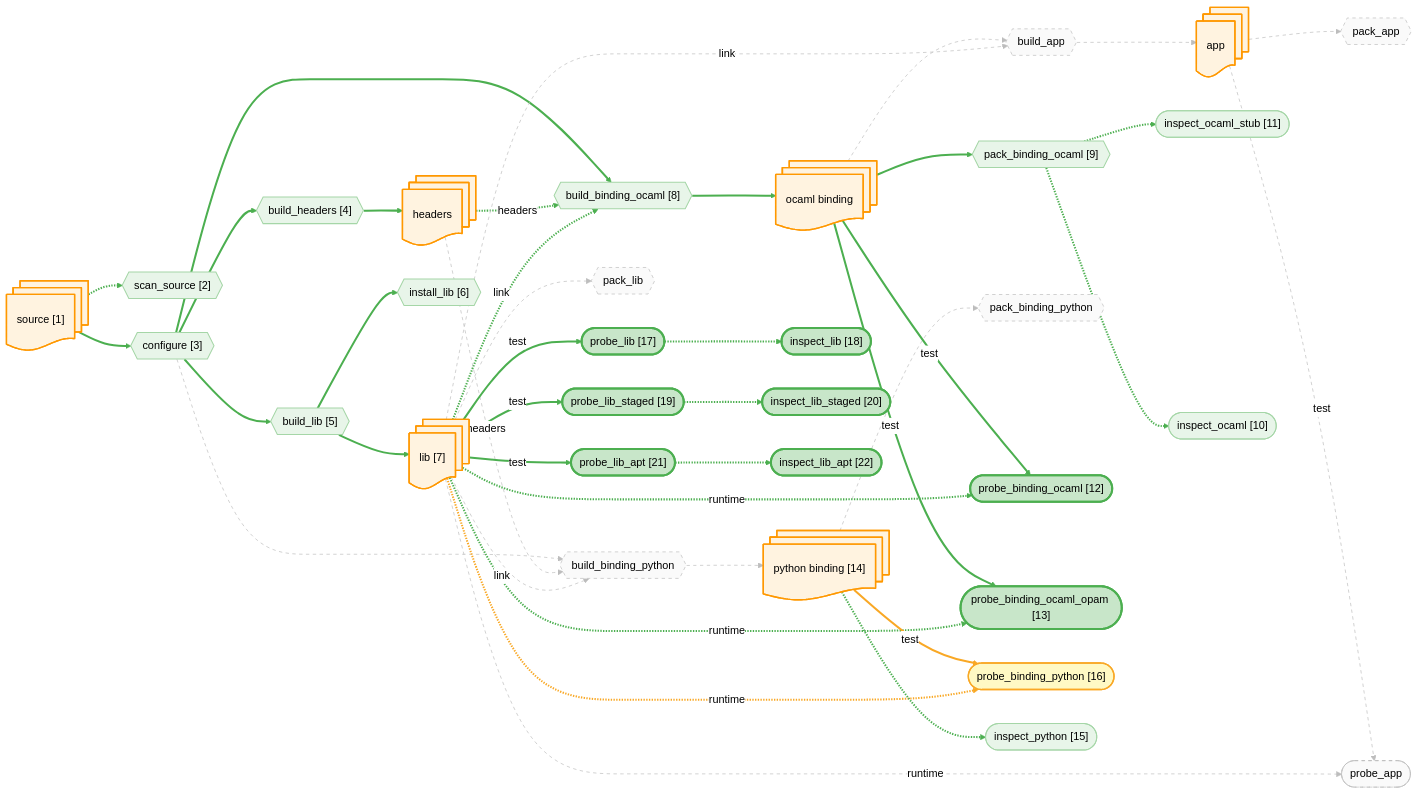
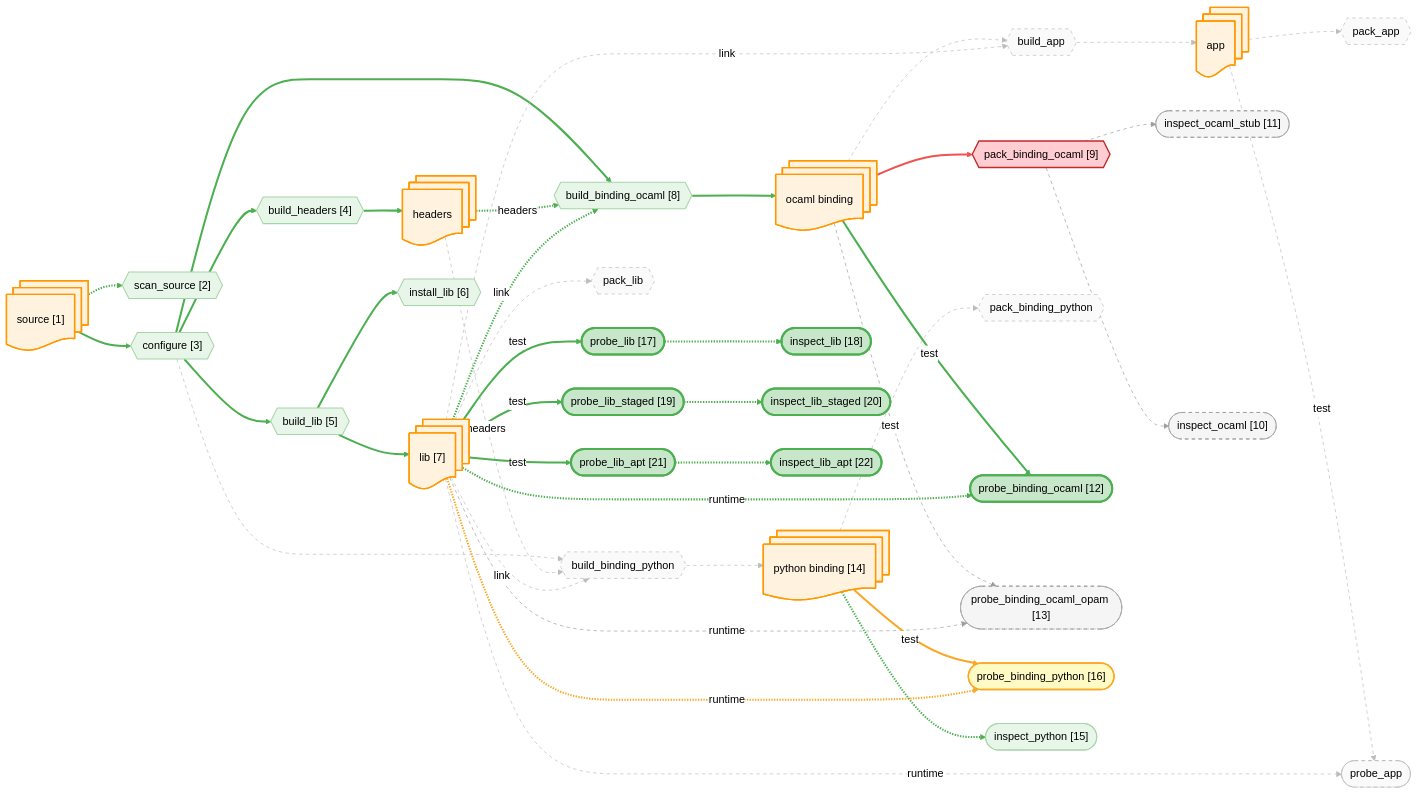
The diagram in docs/canary/projects/z3/_run/diagrams/probes.mmd (JHU-PL-Lab/tola), drawn with Mermaid (neutral theme) before and after one commit. The commit also changed 56 other files, not shown here.

First line of the commit message:
refactor: split canary_action.ml, extract canary_diagram.ml

```diff
--- a/docs/canary/projects/z3/_run/diagrams/probes.mmd
+++ b/docs/canary/projects/z3/_run/diagrams/probes.mmd
@@ -1,148 +1,148 @@
 %% view: probes
 graph LR
     source_node@{ shape: docs, label: "source [1]" }
     headers_node@{ shape: docs, label: "headers" }
     lib_node@{ shape: docs, label: "lib [7]" }
     app_node@{ shape: docs, label: "app" }
     ocaml_binding_node@{ shape: docs, label: "ocaml binding" }
     python_binding_node@{ shape: docs, label: "python binding [14]" }
 
     A_scan_source{{"scan_source [2]"}}
     A_configure{{"configure [3]"}}
     A_build_headers{{"build_headers [4]"}}
     A_build_lib{{"build_lib [5]"}}
     A_build_binding_ocaml{{"build_binding_ocaml [8]"}}
     A_build_binding_python{{"build_binding_python"}}
     A_build_app{{"build_app"}}
     A_install_lib{{"install_lib [6]"}}
     A_pack_binding_ocaml{{"pack_binding_ocaml [9]"}}
     A_pack_binding_python{{"pack_binding_python"}}
     A_pack_lib{{"pack_lib"}}
     A_pack_app{{"pack_app"}}
     A_probe_binding_ocaml(["probe_binding_ocaml [12]"])
     A_probe_binding_ocaml_opam(["probe_binding_ocaml_opam [13]"])
     A_probe_binding_python(["probe_binding_python [16]"])
     A_probe_lib(["probe_lib [17]"])
     A_probe_lib_staged(["probe_lib_staged [19]"])
     A_probe_lib_apt(["probe_lib_apt [21]"])
     A_probe_app(["probe_app"])
     A_fetch_binding_python_summary(["inspect_python [15]"])
     A_pack_binding_ocaml_stub_summary(["inspect_ocaml_stub [11]"])
     A_pack_binding_ocaml_summary(["inspect_ocaml [10]"])
     A_probe_lib_summary(["inspect_lib [18]"])
     A_probe_lib_staged_summary(["inspect_lib_staged [20]"])
     A_probe_lib_apt_summary(["inspect_lib_apt [22]"])
 
     source_node -.-> A_scan_source
     source_node --> A_configure
     A_configure --> A_build_headers
     A_build_headers --> headers_node
     A_configure --> A_build_lib
     A_build_lib --> lib_node
     A_configure --> A_build_binding_ocaml
     headers_node -.->|headers| A_build_binding_ocaml
     lib_node -.->|link| A_build_binding_ocaml
     A_build_binding_ocaml --> ocaml_binding_node
     A_configure --> A_build_binding_python
     headers_node -.->|headers| A_build_binding_python
     lib_node -.->|link| A_build_binding_python
     A_build_binding_python --> python_binding_node
     ocaml_binding_node --> A_build_app
     lib_node -.->|link| A_build_app
     A_build_app --> app_node
     A_build_lib --> A_install_lib
     ocaml_binding_node --> A_pack_binding_ocaml
     python_binding_node --> A_pack_binding_python
     lib_node --> A_pack_lib
     app_node --> A_pack_app
     ocaml_binding_node -->|test| A_probe_binding_ocaml
     lib_node -.->|runtime| A_probe_binding_ocaml
     ocaml_binding_node -->|test| A_probe_binding_ocaml_opam
     lib_node -.->|runtime| A_probe_binding_ocaml_opam
     python_binding_node -->|test| A_probe_binding_python
     lib_node -.->|runtime| A_probe_binding_python
     lib_node -->|test| A_probe_lib
     lib_node -->|test| A_probe_lib_staged
     lib_node -->|test| A_probe_lib_apt
     app_node -->|test| A_probe_app
     lib_node -.->|runtime| A_probe_app
     python_binding_node -.-> A_fetch_binding_python_summary
     A_pack_binding_ocaml -.-> A_pack_binding_ocaml_stub_summary
     A_pack_binding_ocaml -.-> A_pack_binding_ocaml_summary
     A_probe_lib -.-> A_probe_lib_summary
     A_probe_lib_staged -.-> A_probe_lib_staged_summary
     A_probe_lib_apt -.-> A_probe_lib_apt_summary
 
     classDef artifact fill:#fff3e0,stroke:#ff9800,stroke-width:2px
     classDef action fill:#f3e5f5,stroke:#9c27b0,stroke-width:2px
     classDef st_done fill:#c8e6c9,stroke:#4caf50,stroke-width:3px
     classDef st_done_ctx fill:#e8f5e9,stroke:#a5d6a7,stroke-width:1.5px
     classDef st_expected_fail fill:#fff9c4,stroke:#f9a825,stroke-width:2px
     classDef st_failed fill:#ffcdd2,stroke:#c62828,stroke-width:2px
     classDef st_skipped fill:#f5f5f5,stroke:#9e9e9e,stroke-dasharray:5
     classDef st_nospec fill:#fafafa,stroke:#bdbdbd,stroke-dasharray:5
     class source_node,headers_node,lib_node,app_node,ocaml_binding_node,python_binding_node artifact
     class A_scan_source st_done_ctx
     class A_configure st_done_ctx
     class A_build_headers st_done_ctx
     class A_build_lib st_done_ctx
     class A_build_binding_ocaml st_done_ctx
     class A_build_binding_python st_nospec
     class A_build_app st_nospec
     class A_install_lib st_done_ctx
-    class A_pack_binding_ocaml st_done_ctx
+    class A_pack_binding_ocaml st_failed
     class A_pack_binding_python st_nospec
     class A_pack_lib st_nospec
     class A_pack_app st_nospec
     class A_probe_binding_ocaml st_done
-    class A_probe_binding_ocaml_opam st_done
+    class A_probe_binding_ocaml_opam st_skipped
     class A_probe_binding_python st_expected_fail
     class A_probe_lib st_done
     class A_probe_lib_staged st_done
     class A_probe_lib_apt st_done
     class A_probe_app st_nospec
     class A_fetch_binding_python_summary st_done_ctx
-    class A_pack_binding_ocaml_stub_summary st_done_ctx
-    class A_pack_binding_ocaml_summary st_done_ctx
+    class A_pack_binding_ocaml_stub_summary st_skipped
+    class A_pack_binding_ocaml_summary st_skipped
     class A_probe_lib_summary st_done
     class A_probe_lib_staged_summary st_done
     class A_probe_lib_apt_summary st_done
     linkStyle 0 stroke:#4caf50,stroke-width:3px
     linkStyle 1 stroke:#4caf50,stroke-width:3px
     linkStyle 2 stroke:#4caf50,stroke-width:3px
     linkStyle 3 stroke:#4caf50,stroke-width:3px
     linkStyle 4 stroke:#4caf50,stroke-width:3px
     linkStyle 5 stroke:#4caf50,stroke-width:3px
     linkStyle 6 stroke:#4caf50,stroke-width:3px
     linkStyle 7 stroke:#4caf50,stroke-width:3px
     linkStyle 8 stroke:#4caf50,stroke-width:3px
     linkStyle 9 stroke:#4caf50,stroke-width:3px
     linkStyle 10 stroke:#bdbdbd,stroke-width:1px,stroke-dasharray:5
     linkStyle 11 stroke:#bdbdbd,stroke-width:1px,stroke-dasharray:5
     linkStyle 12 stroke:#bdbdbd,stroke-width:1px,stroke-dasharray:5
     linkStyle 13 stroke:#bdbdbd,stroke-width:1px,stroke-dasharray:5
     linkStyle 14 stroke:#bdbdbd,stroke-width:1px,stroke-dasharray:5
     linkStyle 15 stroke:#bdbdbd,stroke-width:1px,stroke-dasharray:5
     linkStyle 16 stroke:#bdbdbd,stroke-width:1px,stroke-dasharray:5
     linkStyle 17 stroke:#4caf50,stroke-width:3px
-    linkStyle 18 stroke:#4caf50,stroke-width:3px
+    linkStyle 18 stroke:#ef5350,stroke-width:3px
     linkStyle 19 stroke:#bdbdbd,stroke-width:1px,stroke-dasharray:5
     linkStyle 20 stroke:#bdbdbd,stroke-width:1px,stroke-dasharray:5
     linkStyle 21 stroke:#bdbdbd,stroke-width:1px,stroke-dasharray:5
     linkStyle 22 stroke:#4caf50,stroke-width:3px
     linkStyle 23 stroke:#4caf50,stroke-width:3px
-    linkStyle 24 stroke:#4caf50,stroke-width:3px
-    linkStyle 25 stroke:#4caf50,stroke-width:3px
+    linkStyle 24 stroke:#9e9e9e,stroke-width:1px,stroke-dasharray:5
+    linkStyle 25 stroke:#9e9e9e,stroke-width:1px,stroke-dasharray:5
     linkStyle 26 stroke:#f9a825,stroke-width:3px
     linkStyle 27 stroke:#f9a825,stroke-width:3px
     linkStyle 28 stroke:#4caf50,stroke-width:3px
     linkStyle 29 stroke:#4caf50,stroke-width:3px
     linkStyle 30 stroke:#4caf50,stroke-width:3px
     linkStyle 31 stroke:#bdbdbd,stroke-width:1px,stroke-dasharray:5
     linkStyle 32 stroke:#bdbdbd,stroke-width:1px,stroke-dasharray:5
     linkStyle 33 stroke:#4caf50,stroke-width:3px
-    linkStyle 34 stroke:#4caf50,stroke-width:3px
-    linkStyle 35 stroke:#4caf50,stroke-width:3px
+    linkStyle 34 stroke:#9e9e9e,stroke-width:1px,stroke-dasharray:5
+    linkStyle 35 stroke:#9e9e9e,stroke-width:1px,stroke-dasharray:5
     linkStyle 36 stroke:#4caf50,stroke-width:3px
     linkStyle 37 stroke:#4caf50,stroke-width:3px
     linkStyle 38 stroke:#4caf50,stroke-width:3px
```
